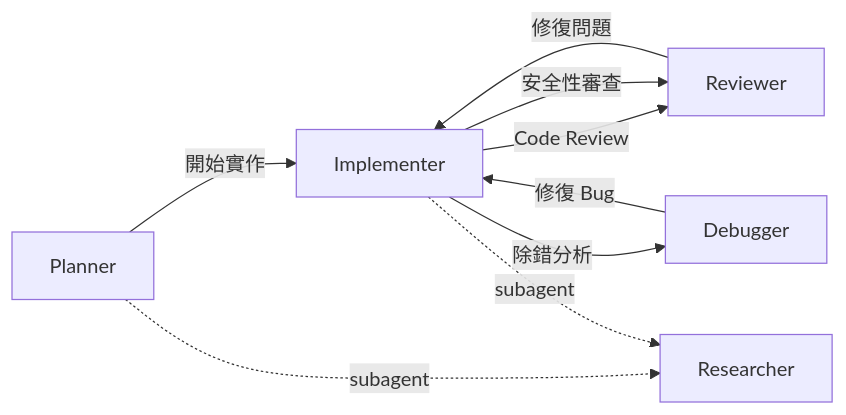
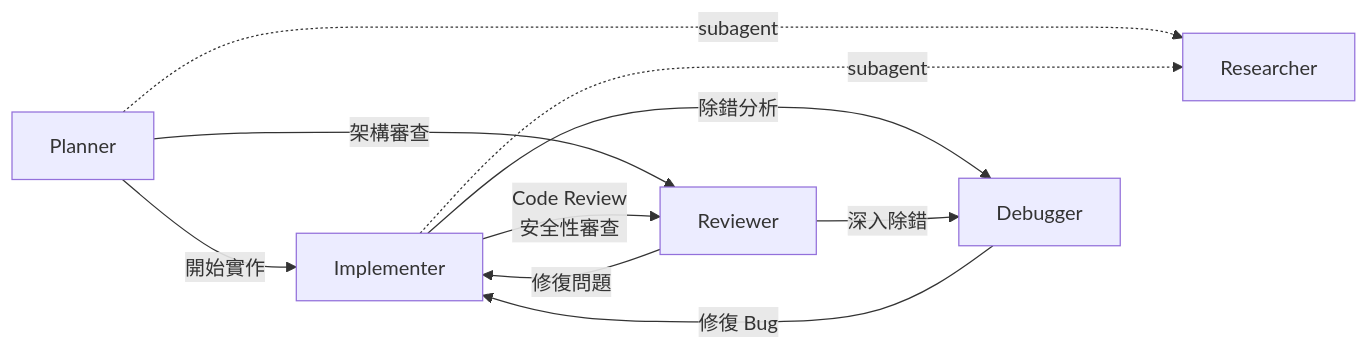
Before and after one commit to zexion7873/copilot-setting: the second of 2 diagrams in README.zh-TW.md, drawn with Mermaid. The commit also changed other lines of this file and 6 other files, not shown here.

````diff
--- a/README.zh-TW.md
+++ b/README.zh-TW.md
@@ -127,12 +126,16 @@
 ```mermaid
 flowchart LR
     Planner -->|"開始實作"| Implementer
-    Implementer -->|"Code Review"| Reviewer
-    Implementer -->|"安全性審查"| Reviewer
+    Planner -->|"架構審查"| Reviewer
+
+    Implementer -->|"Code Review <br/>安全性審查"| Reviewer
     Reviewer -->|"修復問題"| Implementer
+
     Implementer -->|"除錯分析"| Debugger
+    Reviewer -->|"深入除錯"| Debugger
     Debugger -->|"修復 Bug"| Implementer
 
-    Planner -.->|"subagent"| Researcher
-    Implementer -.->|"subagent"| Researcher
+    Planner -.->|subagent| Researcher:::muted
+    Implementer -.->|subagent| Researcher
+    Debugger ~~~ Researcher
 ```
````
